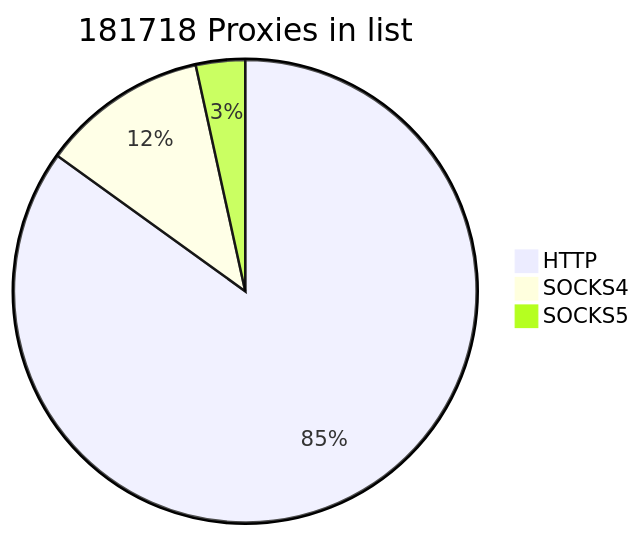
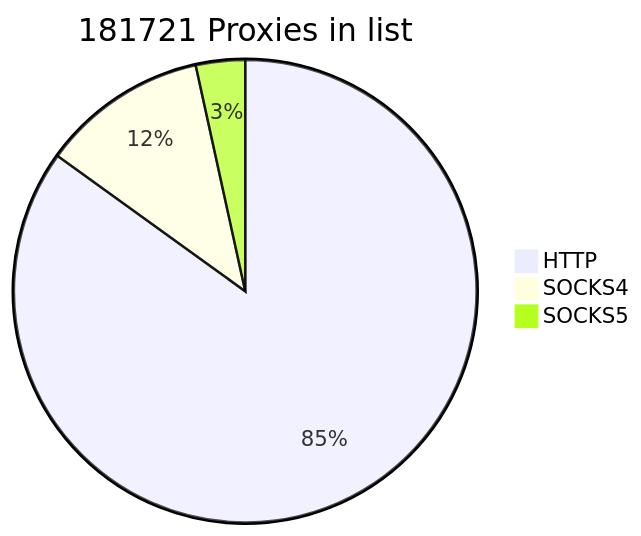
One commit to cutipu/proxylist changed the first of 2 diagrams in README.md. Above: the diagram before and after it, drawn with Mermaid. The commit also changed other lines of this file, not shown here.

````diff
--- a/README.md
+++ b/README.md
@@ -2,7 +2,7 @@
 ```mermaid
-pie title 181718 Proxies in list
-    "HTTP" : 154368
-    "SOCKS4" : 21108
-    "SOCKS5" : 6242
+pie title 181721 Proxies in list
+    "HTTP" : 154367
+    "SOCKS4" : 21110
+    "SOCKS5" : 6244
             
 ```
````
